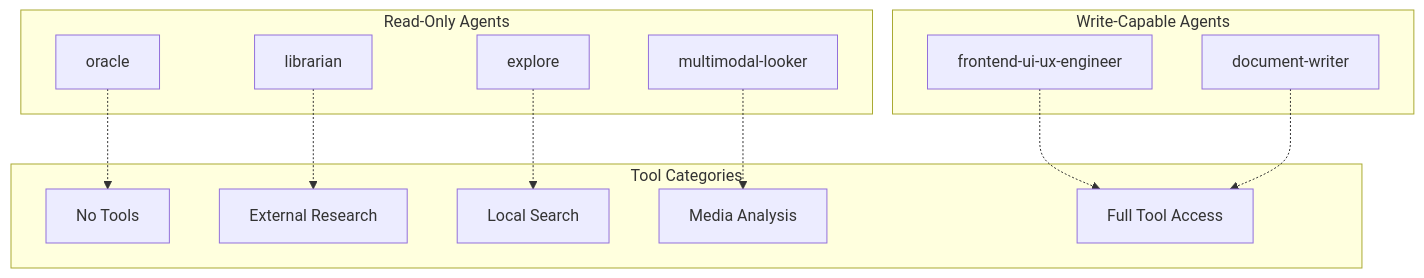
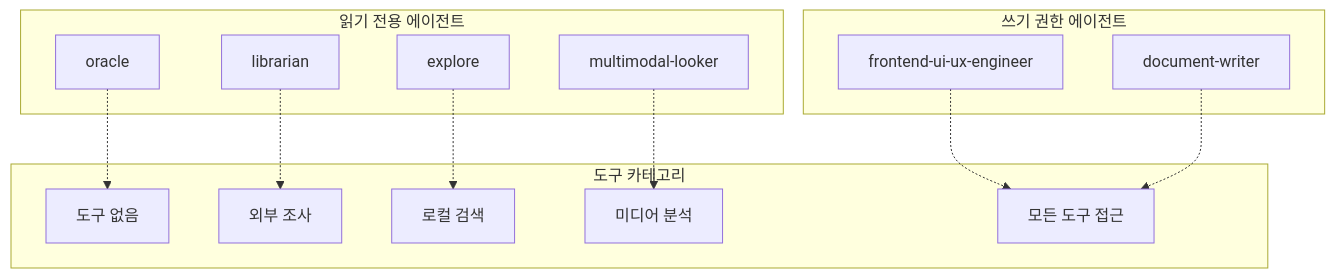
The second of 3 diagrams in docs/agents/specialized-agents.md (felipetruman/oh-my-opencode-docs), drawn with Mermaid before and after one commit. The commit also changed other lines of this file and 76 other files, not shown here.

````diff
--- a/docs/agents/specialized-agents.md
+++ b/docs/agents/specialized-agents.md
@@ -125,42 +125,42 @@
 ```mermaid
 flowchart TD
 
 oracleNode["oracle"]
 librarianNode["librarian"]
 exploreNode["explore"]
 multimodalNode["multimodal-looker"]
 frontendNode["frontend-ui-ux-engineer"]
 docwriterNode["document-writer"]
-noTools["No Tools"]
-externalTools["External Research"]
-localSearch["Local Search"]
-mediaAnalysis["Media Analysis"]
-fullAccess["Full Tool Access"]
+noTools["도구 없음"]
+externalTools["외부 조사"]
+localSearch["로컬 검색"]
+mediaAnalysis["미디어 분석"]
+fullAccess["모든 도구 접근"]
 
 oracleNode -.-> noTools
 librarianNode -.-> externalTools
 exploreNode -.-> localSearch
 multimodalNode -.-> mediaAnalysis
 frontendNode -.-> fullAccess
 docwriterNode -.-> fullAccess
 
-subgraph subGraph2 ["Tool Categories"]
+subgraph subGraph2 ["도구 카테고리"]
     noTools
     externalTools
     localSearch
     mediaAnalysis
     fullAccess
 end
 
-subgraph subGraph1 ["Write-Capable Agents"]
+subgraph subGraph1 ["쓰기 권한 에이전트"]
     frontendNode
     docwriterNode
 end
 
-subgraph subGraph0 ["Read-Only Agents"]
+subgraph subGraph0 ["읽기 전용 에이전트"]
     oracleNode
     librarianNode
     exploreNode
     multimodalNode
 end
 ```
````
